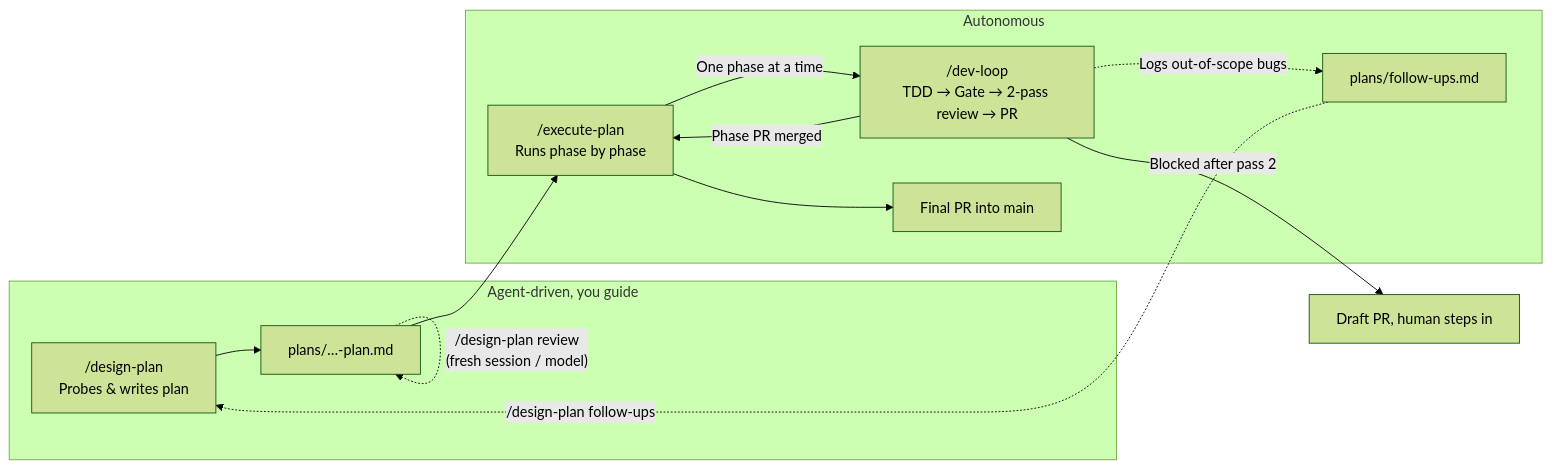
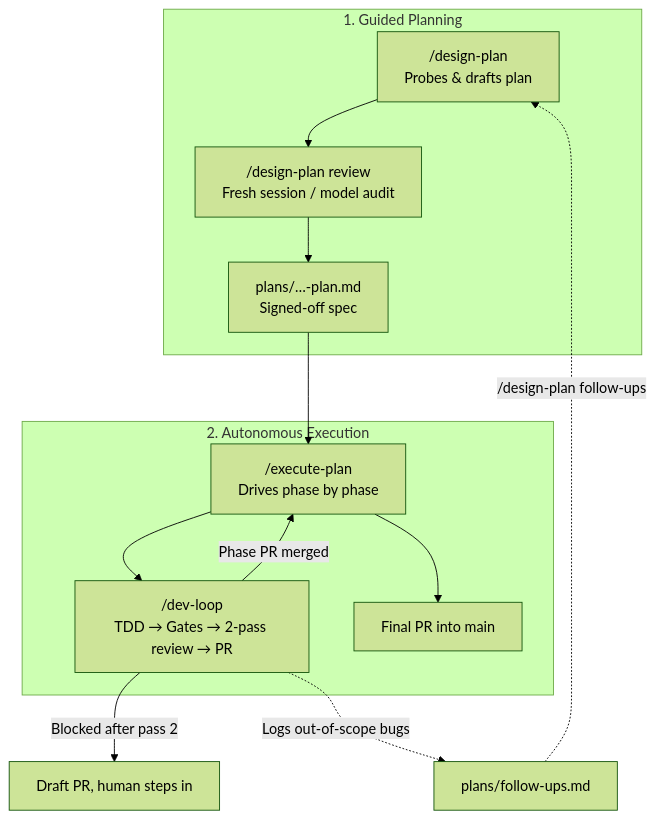
The diagram in README.md (seriva/bootstrap), drawn with Mermaid (forest theme) before and after one commit.

Commit message:
docs: update flowchart in README to clarify planning and execution stages

````diff
--- a/README.md
+++ b/README.md
@@ -62,17 +62,18 @@
 ```mermaid
-flowchart LR
-    subgraph Manual["Agent-driven, you guide"]
-        DP["/design-plan<br/>Probes & writes plan"] --> Plan["plans/…-plan.md"]
-        Plan -.->|"/design-plan review<br/>(fresh session / model)"| Plan
+flowchart TD
+    subgraph Guide["1. Guided Planning"]
+        DP["/design-plan<br/>Probes & drafts plan"] --> DPreview["/design-plan review<br/>Fresh session / model audit"]
+        DPreview --> Plan["plans/…-plan.md<br/>Signed-off spec"]
     end
-    subgraph Auto["Autonomous"]
-        EP["/execute-plan<br/>Runs phase by phase"]
-        EP -->|"One phase at a time"| DL["/dev-loop<br/>TDD → Gate → 2-pass review → PR"]
+
+    subgraph Auto["2. Autonomous Execution"]
+        Plan --> EP["/execute-plan<br/>Drives phase by phase"]
+        EP --> DL["/dev-loop<br/>TDD → Gates → 2-pass review → PR"]
         DL -->|"Phase PR merged"| EP
-        DL -.->|"Logs out-of-scope bugs"| FU["plans/follow-ups.md"]
         EP --> Final["Final PR into main"]
     end
-    Plan --> EP
+
     DL -->|"Blocked after pass 2"| Human["Draft PR, human steps in"]
+    DL -.->|"Logs out-of-scope bugs"| FU["plans/follow-ups.md"]
     FU -.->|"/design-plan follow-ups"| DP
 ```
````
